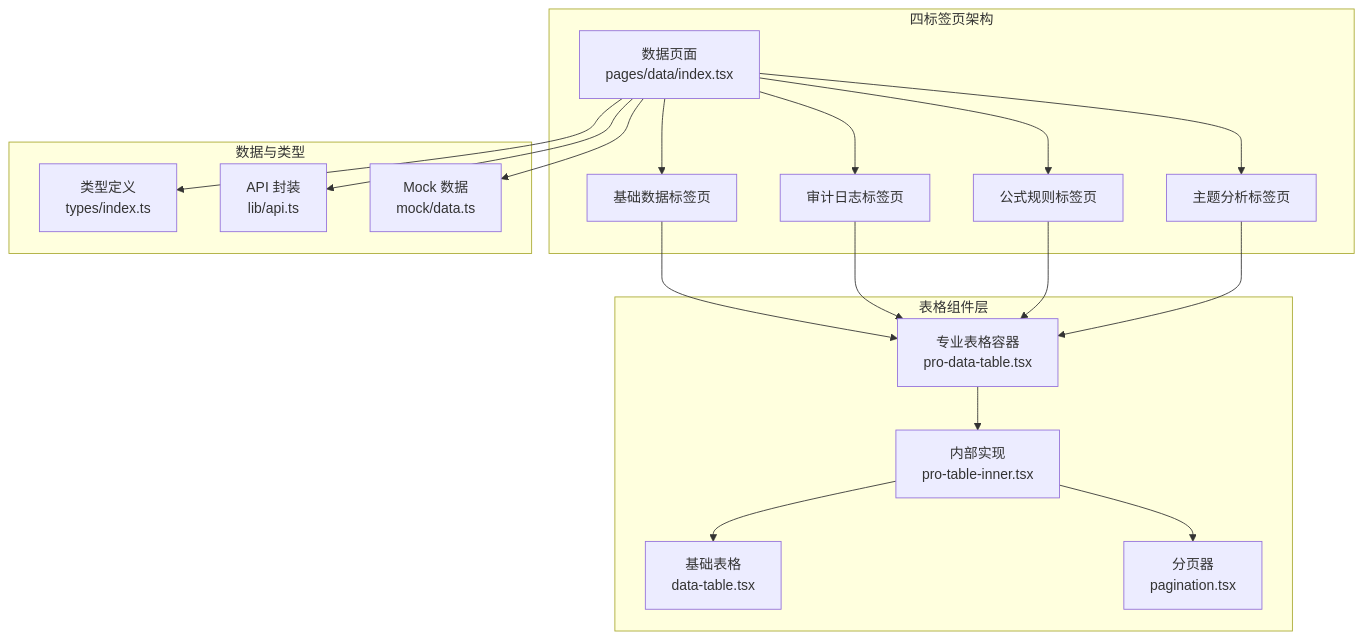
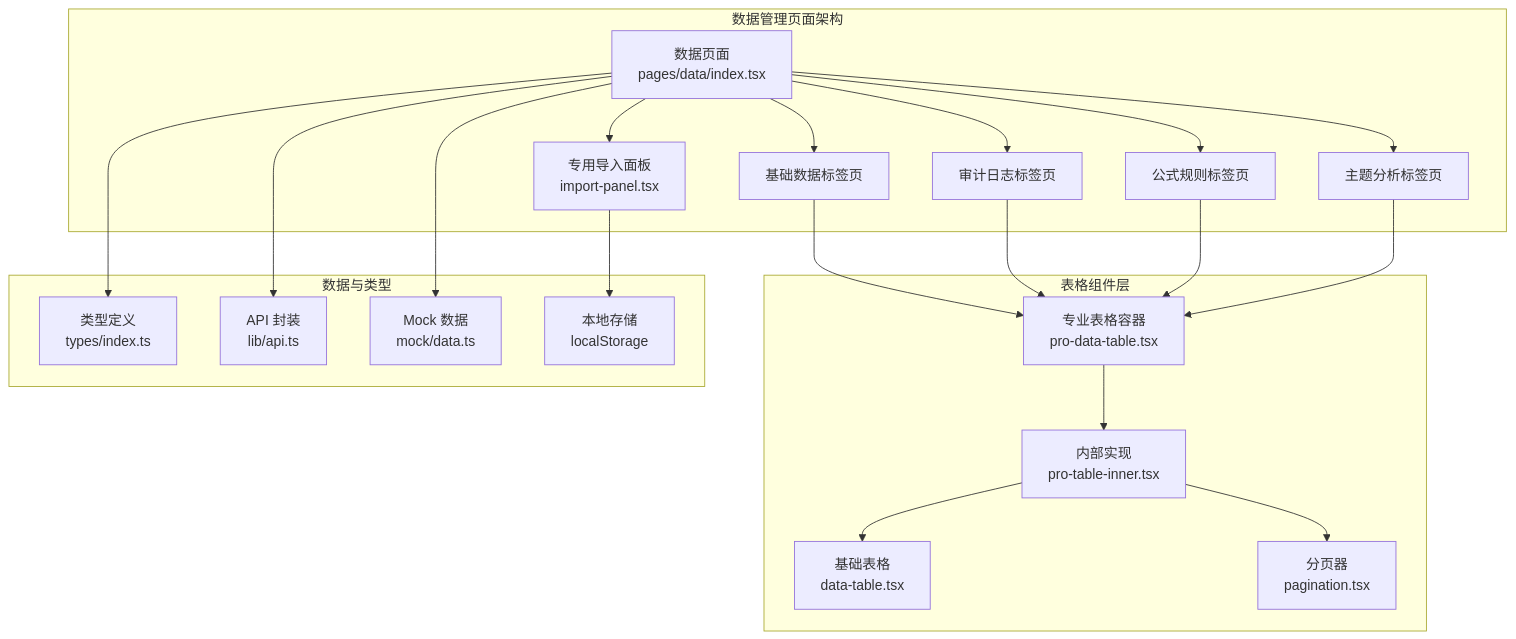
Before and after one commit to Damao997/newproject: the first of 3 diagrams in .qoder/repowiki/zh/content/页面组件/数据管理页面/数据管理页面.md, drawn with Mermaid. The commit also changed other lines of this file and 118 other files, not shown here.

````diff
--- a/.qoder/repowiki/zh/content/页面组件/数据管理页面/数据管理页面.md
+++ b/.qoder/repowiki/zh/content/页面组件/数据管理页面/数据管理页面.md
@@ -54,35 +54,39 @@
 ```mermaid
 graph TB
-subgraph "四标签页架构"
+subgraph "数据管理页面架构"
 DataPage["数据页面<br/>pages/data/index.tsx"]
+ImportPanel["专用导入面板<br/>import-panel.tsx"]
 Tab1["基础数据标签页"]
 Tab2["审计日志标签页"]
 Tab3["公式规则标签页"]
 Tab4["主题分析标签页"]
 end
 subgraph "表格组件层"
 DataTable["基础表格<br/>data-table.tsx"]
 ProTable["专业表格容器<br/>pro-data-table.tsx"]
 Inner["内部实现<br/>pro-table-inner.tsx"]
 Pagination["分页器<br/>pagination.tsx"]
 end
 subgraph "数据与类型"
 Types["类型定义<br/>types/index.ts"]
 Api["API 封装<br/>lib/api.ts"]
 Mock["Mock 数据<br/>mock/data.ts"]
+LocalStorage["本地存储<br/>localStorage"]
 end
+DataPage --> ImportPanel
 DataPage --> Tab1
 DataPage --> Tab2
 DataPage --> Tab3
 DataPage --> Tab4
+ImportPanel --> LocalStorage
 Tab1 --> ProTable
 Tab2 --> ProTable
 Tab3 --> ProTable
 Tab4 --> ProTable
 ProTable --> Inner
 Inner --> DataTable
 Inner --> Pagination
 DataPage --> Api
 DataPage --> Types
 DataPage --> Mock
 ```
````
